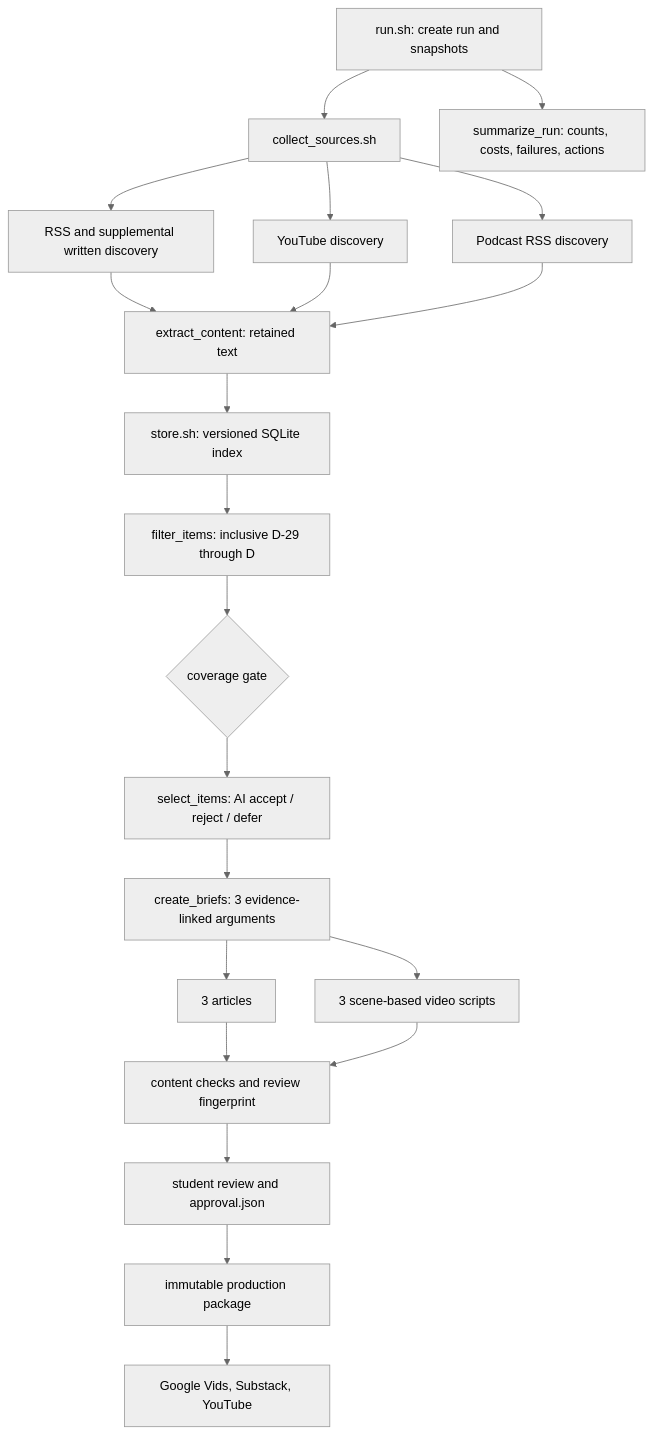
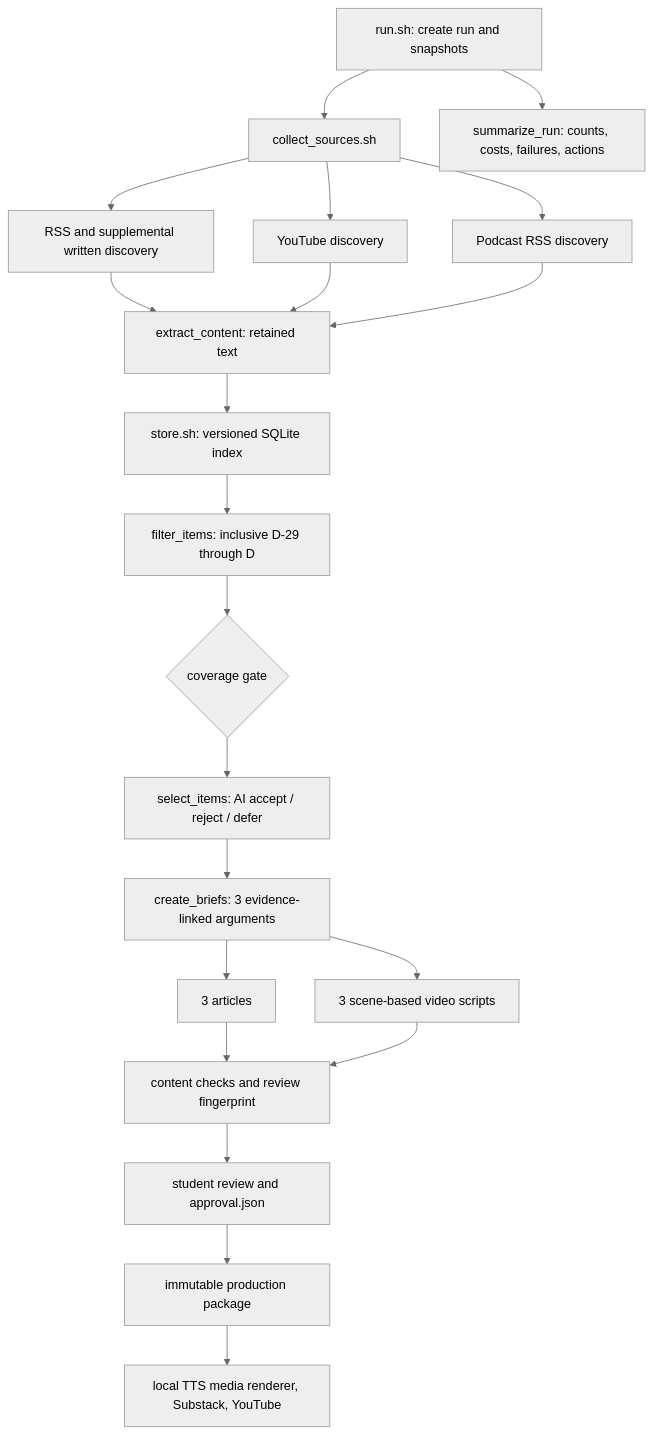
One commit to yikecheng/ps04 changed the diagram in docs/ARCHITECTURE_IMPLEMENTATION.md. Above: the diagram before and after it, drawn with Mermaid (neutral theme). The commit also changed 17 other files, not shown here.

````diff
--- a/docs/ARCHITECTURE_IMPLEMENTATION.md
+++ b/docs/ARCHITECTURE_IMPLEMENTATION.md
@@ -5,23 +5,23 @@
 ```mermaid
 flowchart TD
     R[run.sh: create run and snapshots] --> C[collect_sources.sh]
     C --> F[RSS and supplemental written discovery]
     C --> Y[YouTube discovery]
     C --> P[Podcast RSS discovery]
     F --> E[extract_content: retained text]
     Y --> E
     P --> E
     E --> D[store.sh: versioned SQLite index]
     D --> W[filter_items: inclusive D-29 through D]
     W --> G{coverage gate}
     G --> S[select_items: AI accept / reject / defer]
     S --> B[create_briefs: 3 evidence-linked arguments]
     B --> A[3 articles]
     B --> V[3 scene-based video scripts]
     A --> Q[content checks and review fingerprint]
     V --> Q
     Q --> H[student review and approval.json]
     H --> X[immutable production package]
-    X --> M[Google Vids, Substack, YouTube]
+    X --> M[local TTS media renderer, Substack, YouTube]
     R --> Z[summarize_run: counts, costs, failures, actions]
 ```
````
